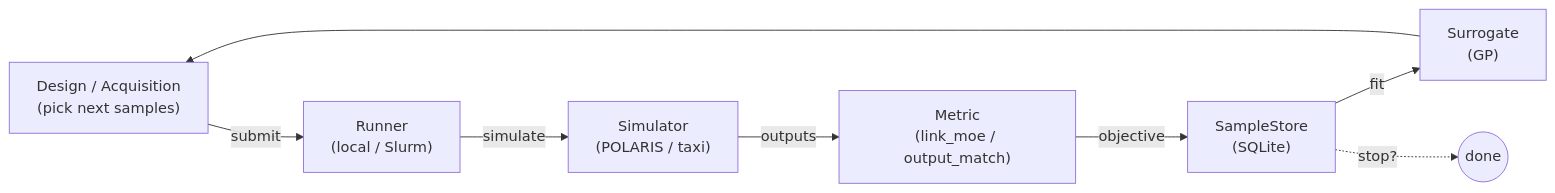
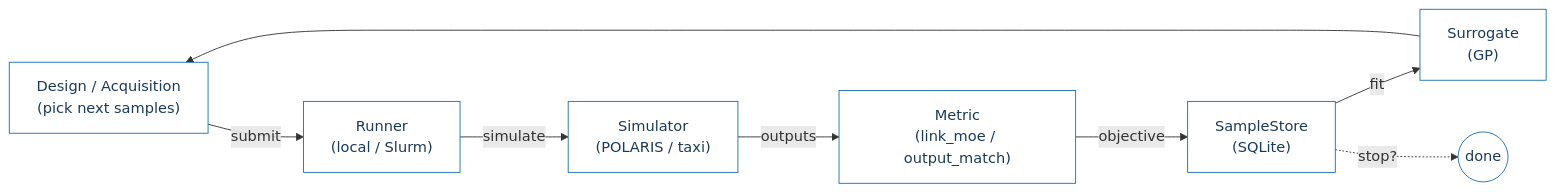
One commit to VadimSokolov/polarisopt changed the first of 2 diagrams in taxidemo/slides/pug-2026.qmd. Above: the diagram before and after it, drawn with Mermaid. The commit also changed other lines of this file and 4 other files, not shown here.

First line of the commit message:
taxidemo: add figures to PUG 2026 deck, light mermaid theme, drop internal model name

````diff
--- a/taxidemo/slides/pug-2026.qmd
+++ b/taxidemo/slides/pug-2026.qmd
@@ -73,11 +75,14 @@
 ```{mermaid}
 %%| fig-width: 9
 graph LR
     D["Design / Acquisition<br/>(pick next samples)"] -->|submit| R["Runner<br/>(local / Slurm)"]
     R -->|simulate| S["Simulator<br/>(POLARIS / taxi)"]
     S -->|outputs| M["Metric<br/>(link_moe / output_match)"]
     M -->|objective| ST["SampleStore<br/>(SQLite)"]
     ST -->|fit| SU["Surrogate<br/>(GP)"]
     SU --> D
     ST -.->|stop?| X(("done"))
+
+    classDef box fill:#ffffff,stroke:#1a6fb5,stroke-width:1px,color:#1a3a5c;
+    class D,R,S,M,ST,SU,X box;
 ```
````
